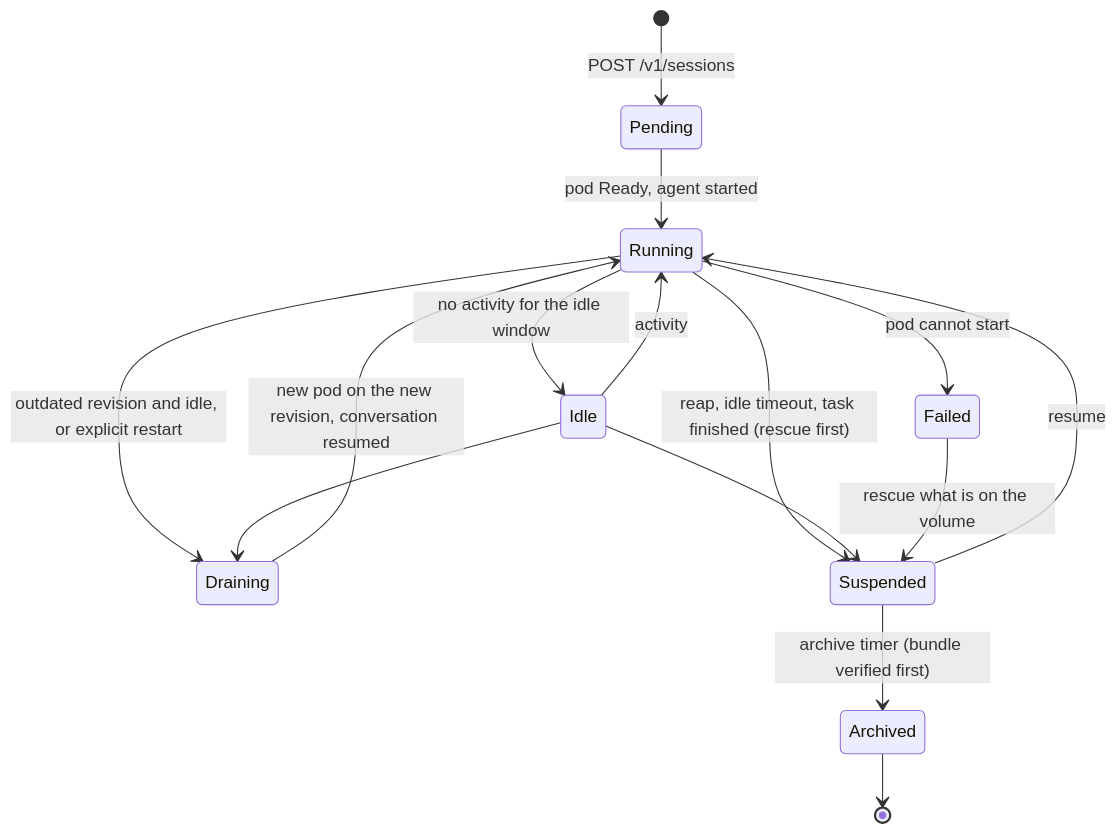
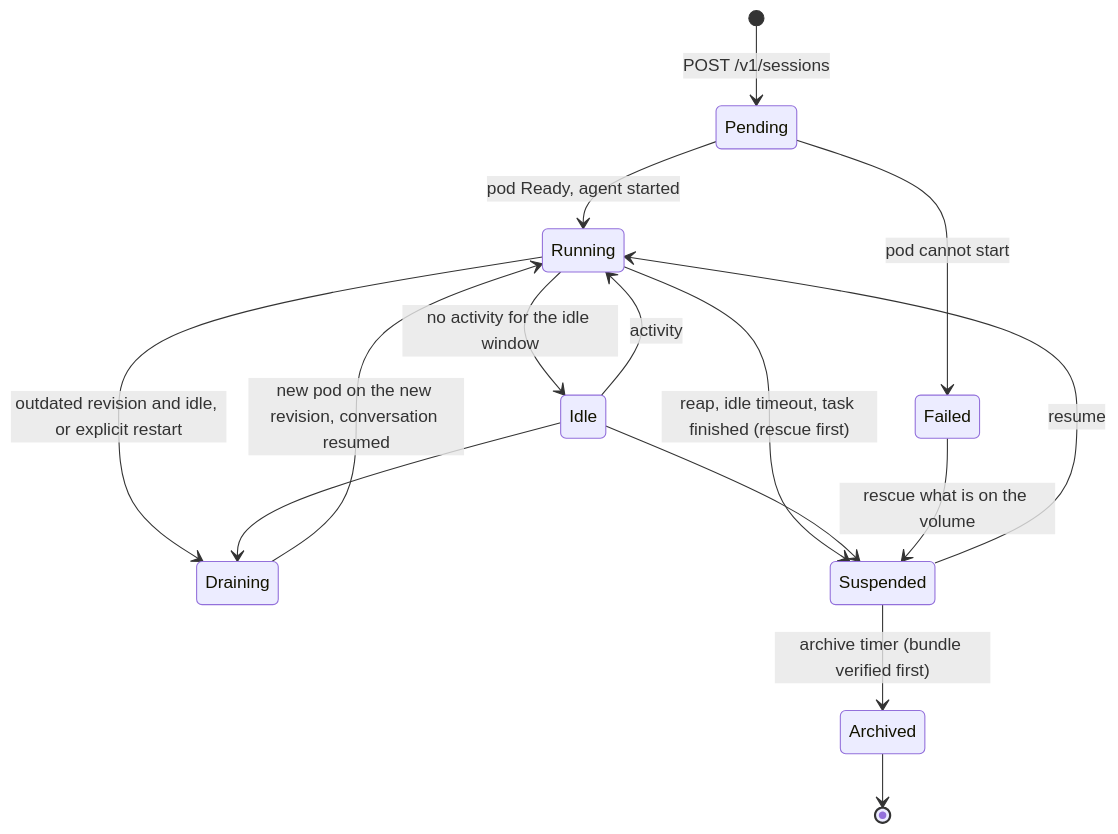
One commit to thaynes43/dev-env changed the third of 3 diagrams in .agents/sagas/distributed-dev-env/designs/001-dev-env-v2.md. Above: the diagram before and after it, drawn with Mermaid. The commit also changed other lines of this file, not shown here.

First line of the commit message:
docs(design): quote mermaid labels; a pod that cannot start fails from Pending

````diff
--- a/.agents/sagas/distributed-dev-env/designs/001-dev-env-v2.md
+++ b/.agents/sagas/distributed-dev-env/designs/001-dev-env-v2.md
@@ -254,17 +254,17 @@
 ```mermaid
 stateDiagram-v2
   [*] --> Pending: POST /v1/sessions
   Pending --> Running: pod Ready, agent started
   Running --> Idle: no activity for the idle window
   Idle --> Running: activity
   Running --> Draining: outdated revision and idle, or explicit restart
   Idle --> Draining
   Draining --> Running: new pod on the new revision, conversation resumed
   Running --> Suspended: reap, idle timeout, task finished (rescue first)
   Idle --> Suspended
   Suspended --> Running: resume
   Suspended --> Archived: archive timer (bundle verified first)
   Archived --> [*]
-  Running --> Failed: pod cannot start
+  Pending --> Failed: pod cannot start
   Failed --> Suspended: rescue what is on the volume
 ```
````
